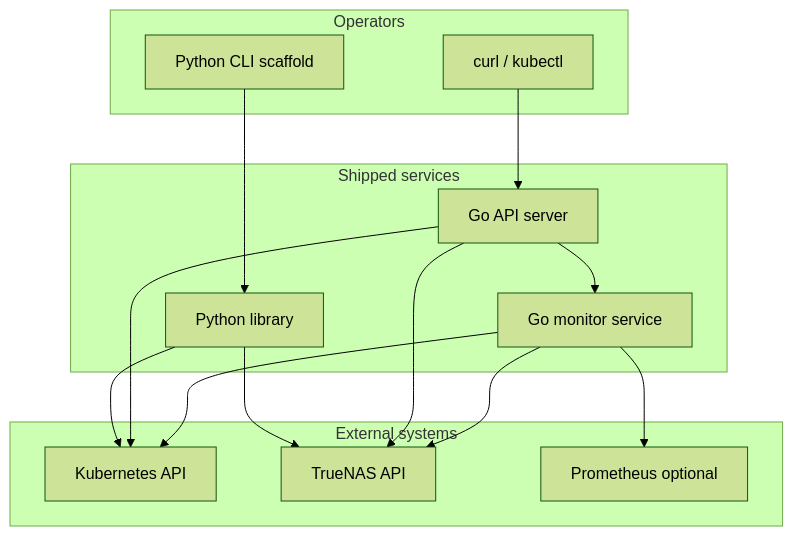
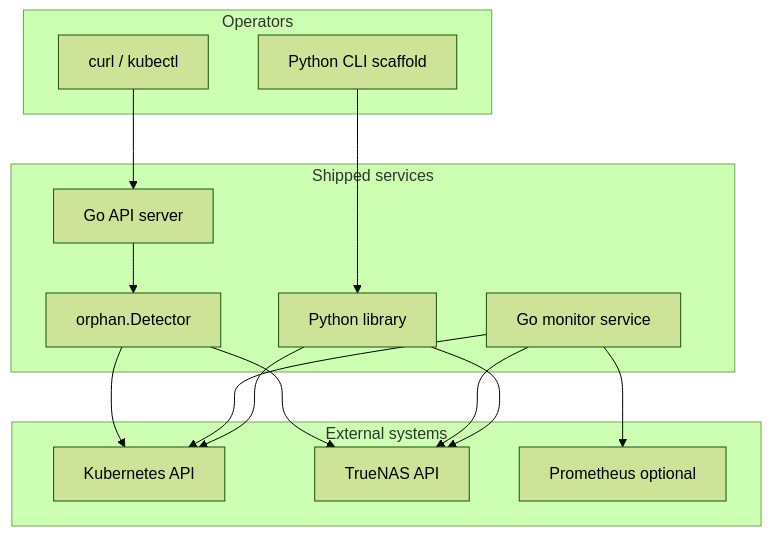
The first of 25 diagrams in docs/ARCHITECTURE.md (tomazb/kubernetes-truenas-democratic-tool), drawn with Mermaid (forest theme) before and after one commit. The commit also changed other lines of this file and 5 other files, not shown here.

````diff
--- a/docs/ARCHITECTURE.md
+++ b/docs/ARCHITECTURE.md
@@ -44,30 +44,31 @@
 ```mermaid
 graph TB
     subgraph operators [Operators]
         Curl[curl / kubectl]
         CLI[Python CLI scaffold]
     end
 
     subgraph shipped [Shipped services]
         API[Go API server]
+        Det[orphan.Detector]
         Monitor[Go monitor service]
         PyLib[Python library]
     end
 
     subgraph external [External systems]
         K8S[Kubernetes API]
         TN[TrueNAS API]
         Prom[Prometheus optional]
     end
 
     Curl --> API
     CLI --> PyLib
-    API --> Monitor
+    API --> Det
+    Det --> K8S
+    Det --> TN
     Monitor --> K8S
     Monitor --> TN
     Monitor --> Prom
-    API --> K8S
-    API --> TN
     PyLib --> K8S
     PyLib --> TN
 ```
````
